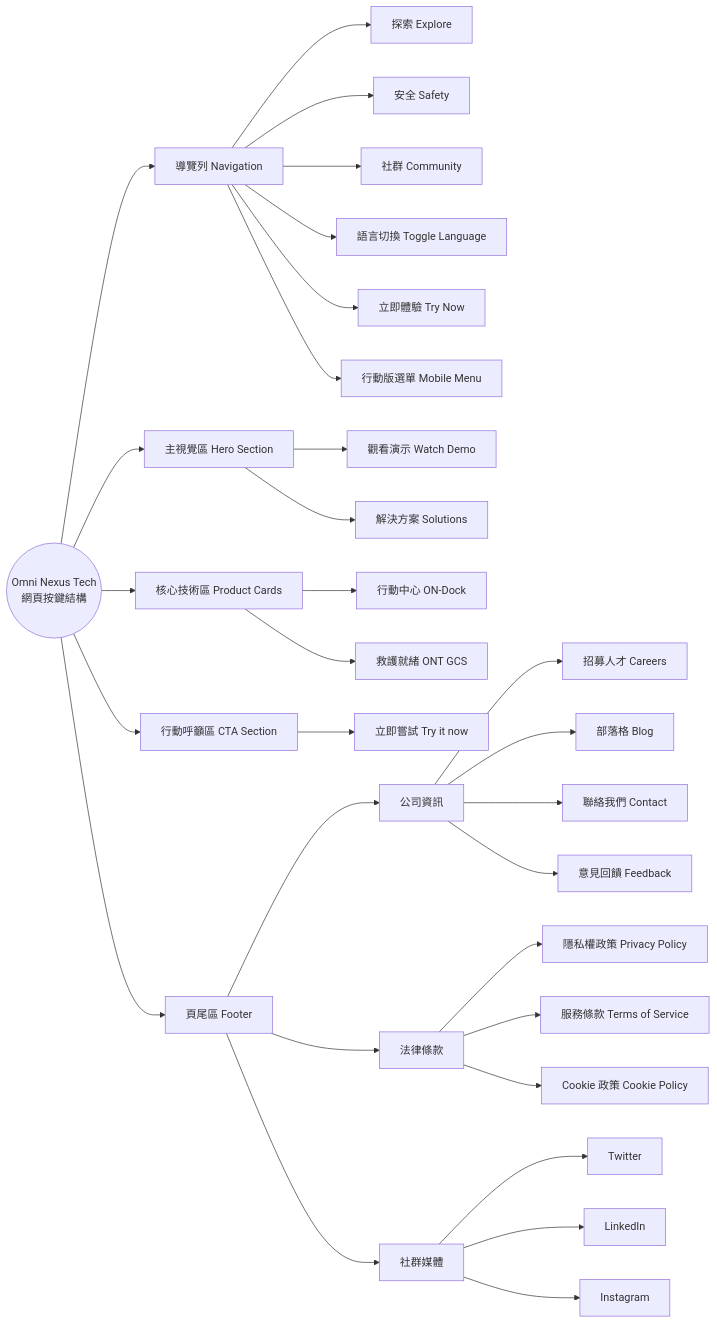
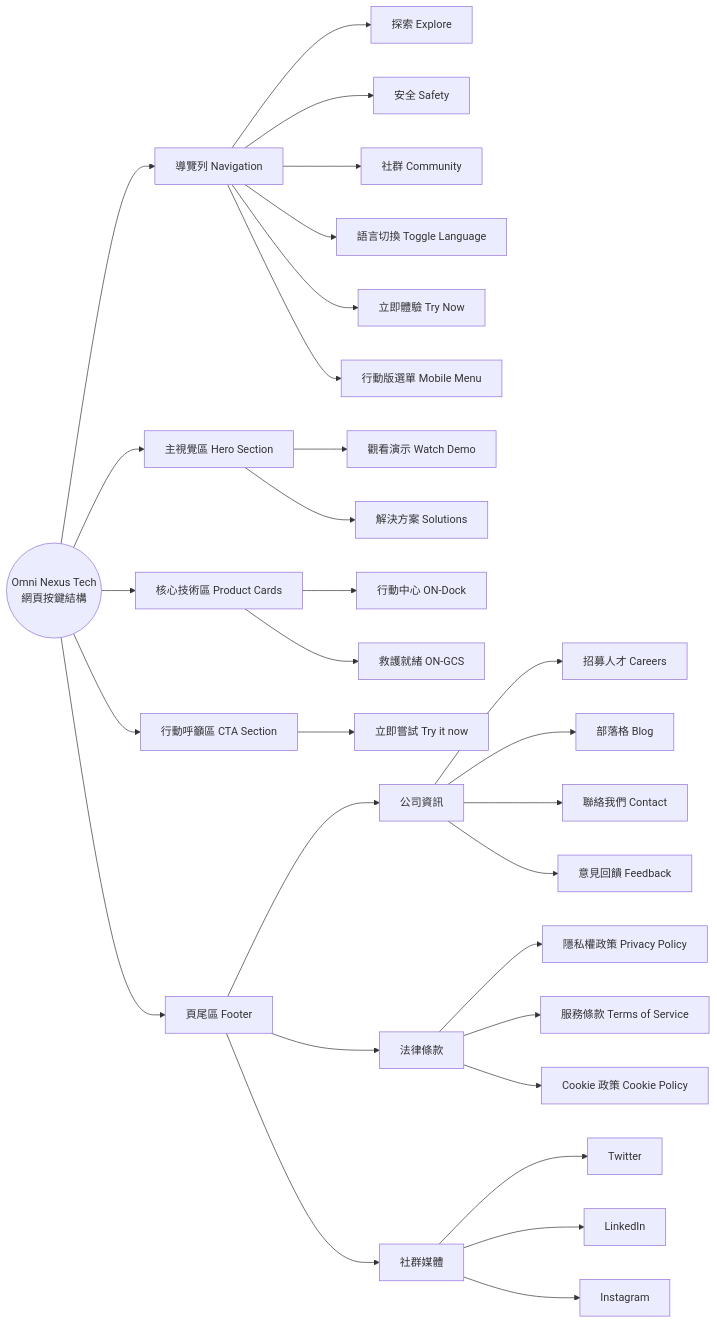
Before and after one commit to sian-ci-cheng/company_web: the diagram in docs/tree.mmd, drawn with Mermaid. The commit also changed 2 other files, not shown here.

```diff
--- a/docs/tree.mmd
+++ b/docs/tree.mmd
@@ -1,43 +1,43 @@
 graph LR
     Root((Omni Nexus Tech<br/>網頁按鍵結構)) --> Nav[導覽列 Navigation]
     Root --> Hero[主視覺區 Hero Section]
     Root --> Product[核心技術區 Product Cards]
     Root --> CTA[行動呼籲區 CTA Section]
     Root --> Footer[頁尾區 Footer]
 
     %% 導覽列子項
     Nav --> N1[探索 Explore]
     Nav --> N2[安全 Safety]
     Nav --> N3[社群 Community]
     Nav --> N4[語言切換 Toggle Language]
     Nav --> N5[立即體驗 Try Now]
     Nav --> N6[行動版選單 Mobile Menu]
 
     %% 主視覺區子項
     Hero --> H1[觀看演示 Watch Demo]
     Hero --> H2[解決方案 Solutions]
 
     %% 核心技術區子項
     Product --> P1[行動中心 ON-Dock]
-    Product --> P2[救護就緒 ONT GCS]
+    Product --> P2[救護就緒 ON-GCS]
 
     %% 行動呼籲區子項
     CTA --> C1[立即嘗試 Try it now]
 
     %% 頁尾區子項
     Footer --> F1[公司資訊]
     Footer --> F2[法律條款]
     Footer --> F3[社群媒體]
 
     F1 --> F1a[招募人才 Careers]
     F1 --> F1b[部落格 Blog]
     F1 --> F1c[聯絡我們 Contact]
     F1 --> F1d[意見回饋 Feedback]
 
     F2 --> F2a[隱私權政策 Privacy Policy]
     F2 --> F2b[服務條款 Terms of Service]
     F2 --> F2c[Cookie 政策 Cookie Policy]
 
     F3 --> F3a[Twitter]
     F3 --> F3b[LinkedIn]
     F3 --> F3c[Instagram]
```
